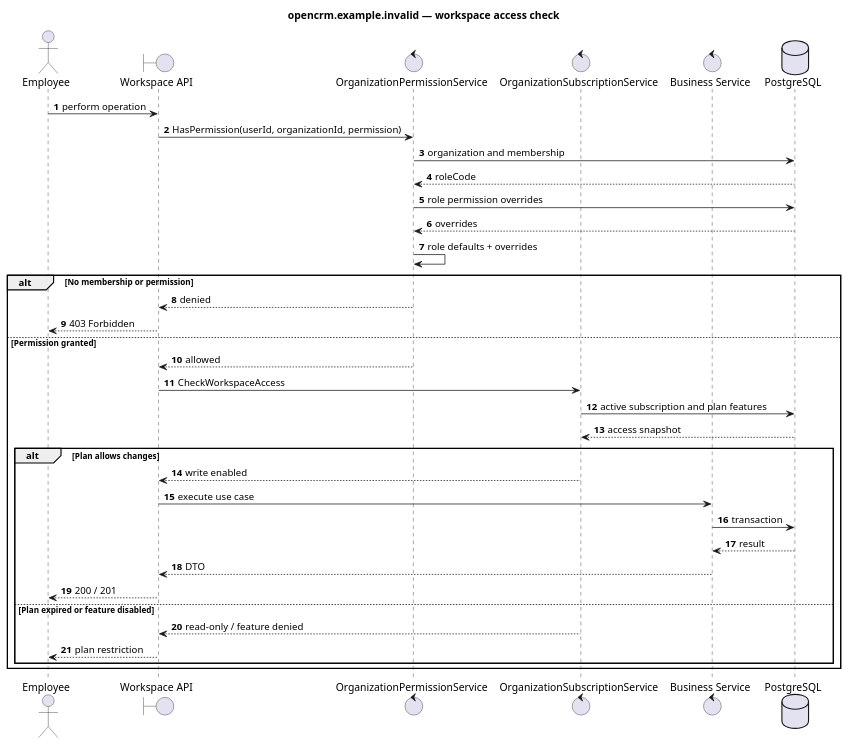
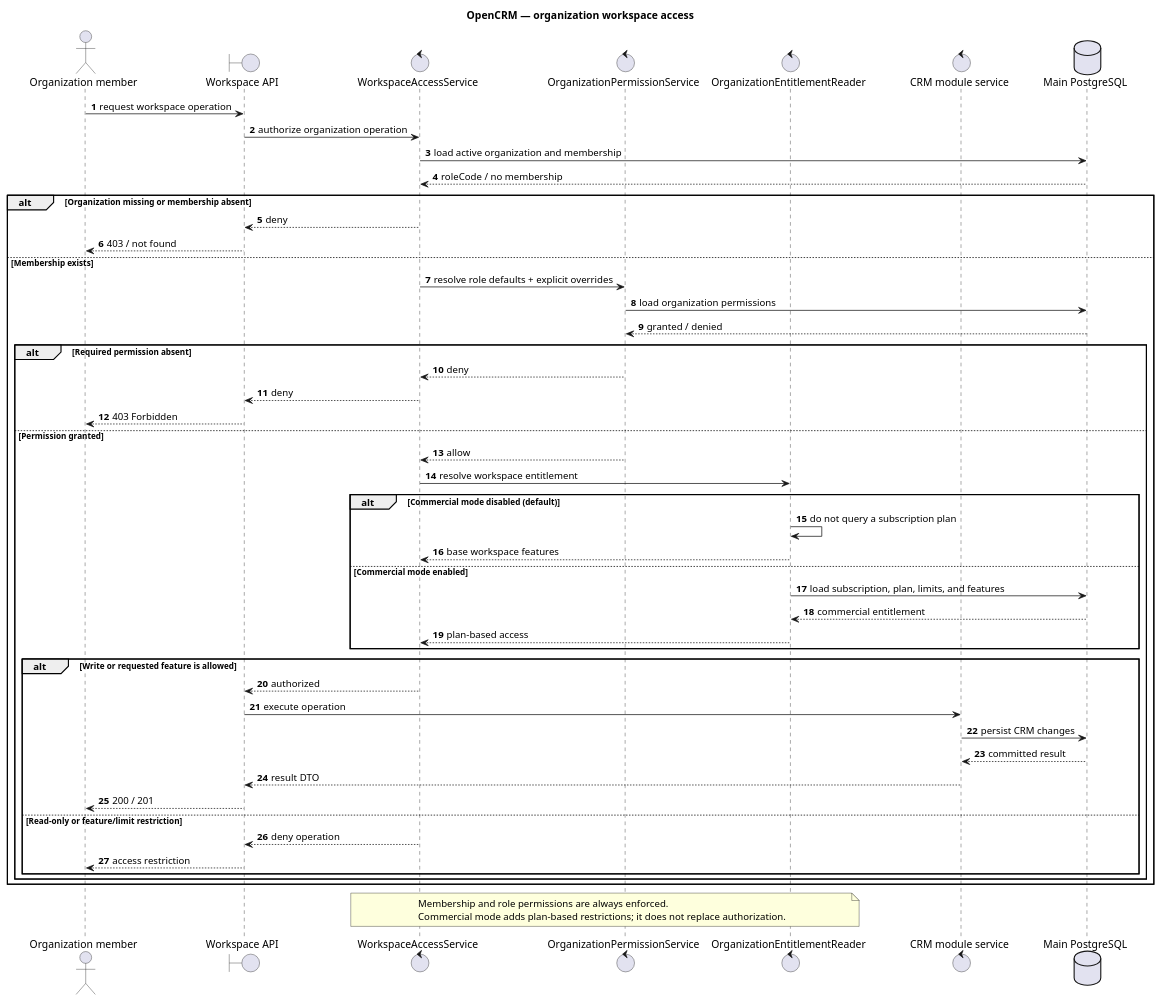
Before and after one commit to eddchervov/OpenCRM: the diagram in docs/uml/workspace-access-sequence.puml, drawn with PlantUML. The commit also changed 61 other files, not shown here.

Commit message:
Align bilingual guides and diagrams with the CRM core

```diff
--- a/docs/uml/workspace-access-sequence.puml
+++ b/docs/uml/workspace-access-sequence.puml
@@ -1,42 +1,58 @@
 @startuml workspace_access_sequence
-title opencrm.example.invalid — workspace access check
+title OpenCRM — organization workspace access
 
 autonumber
-actor "Employee" as Employee
+actor "Organization member" as User
 boundary "Workspace API" as Api
+control "WorkspaceAccessService" as Access
 control "OrganizationPermissionService" as Permissions
-control "OrganizationSubscriptionService" as Subscription
-control "Business Service" as Service
-database "PostgreSQL" as Db
+control "OrganizationEntitlementReader" as Entitlements
+control "CRM module service" as Module
+database "Main PostgreSQL" as Db
 
-Employee -> Api : perform operation
-Api -> Permissions : HasPermission(userId, organizationId, permission)
-Permissions -> Db : organization and membership
-Db --> Permissions : roleCode
-Permissions -> Db : role permission overrides
-Db --> Permissions : overrides
-Permissions -> Permissions : role defaults + overrides
-
-alt No membership or permission
-  Permissions --> Api : denied
-  Api --> Employee : 403 Forbidden
-else Permission granted
-  Permissions --> Api : allowed
-  Api -> Subscription : CheckWorkspaceAccess
-  Subscription -> Db : active subscription and plan features
-  Db --> Subscription : access snapshot
-
-  alt Plan allows changes
-    Subscription --> Api : write enabled
-    Api -> Service : execute use case
-    Service -> Db : transaction
-    Db --> Service : result
-    Service --> Api : DTO
-    Api --> Employee : 200 / 201
-  else Plan expired or feature disabled
-    Subscription --> Api : read-only / feature denied
-    Api --> Employee : plan restriction
+User -> Api : request workspace operation
+Api -> Access : authorize organization operation
+Access -> Db : load active organization and membership
+Db --> Access : roleCode / no membership
+alt Organization missing or membership absent
+  Access --> Api : deny
+  Api --> User : 403 / not found
+else Membership exists
+  Access -> Permissions : resolve role defaults + explicit overrides
+  Permissions -> Db : load organization permissions
+  Db --> Permissions : granted / denied
+  alt Required permission absent
+    Permissions --> Access : deny
+    Access --> Api : deny
+    Api --> User : 403 Forbidden
+  else Permission granted
+    Permissions --> Access : allow
+    Access -> Entitlements : resolve workspace entitlement
+    alt Commercial mode disabled (default)
+      Entitlements -> Entitlements : do not query a subscription plan
+      Entitlements --> Access : base workspace features
+    else Commercial mode enabled
+      Entitlements -> Db : load subscription, plan, limits, and features
+      Db --> Entitlements : commercial entitlement
+      Entitlements --> Access : plan-based access
+    end
+    alt Write or requested feature is allowed
+      Access --> Api : authorized
+      Api -> Module : execute operation
+      Module -> Db : persist CRM changes
+      Db --> Module : committed result
+      Module --> Api : result DTO
+      Api --> User : 200 / 201
+    else Read-only or feature/limit restriction
+      Access --> Api : deny operation
+      Api --> User : access restriction
+    end
   end
 end
 
+note over Access,Entitlements
+  Membership and role permissions are always enforced.
+  Commercial mode adds plan-based restrictions; it does not replace authorization.
+end note
+
 @enduml
```
